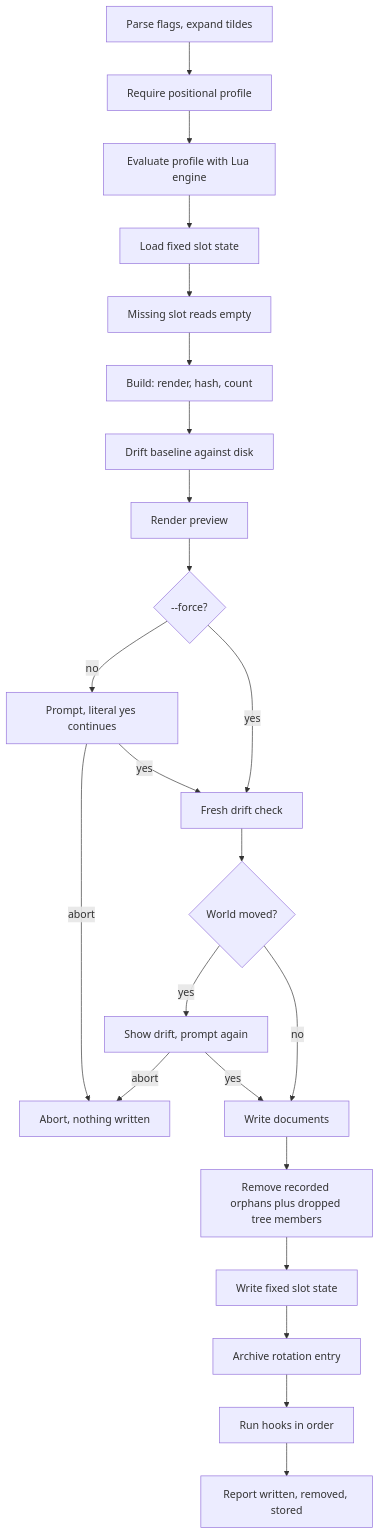
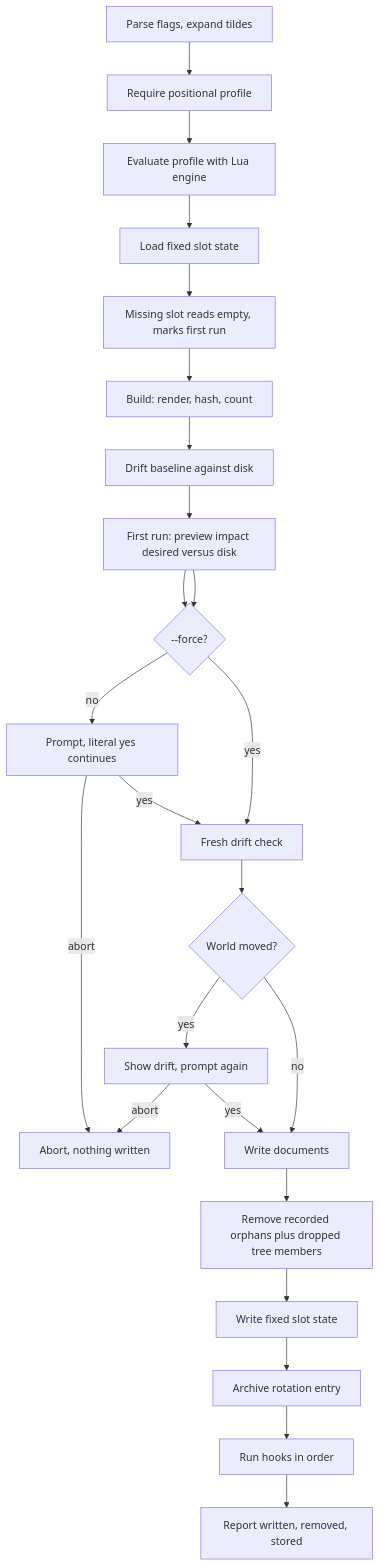
The diagram in docs/flows/apply.md (SolracHQ/confit), drawn with Mermaid before and after one commit. The commit also changed 10 other files, not shown here.

Commit message:
First plan compares against the disk instead of an empty previous. Fresh machines read impact plus already in place, and hunks carry their own headers with per-symbol paint.

````diff
--- a/docs/flows/apply.md
+++ b/docs/flows/apply.md
@@ -8,25 +8,26 @@
 ```mermaid
 flowchart TD
     A["Parse flags, expand tildes"] --> B["Require positional profile"]
     B --> C["Evaluate profile with Lua engine"]
     C --> D["Load fixed slot state"]
-    D --> E["Missing slot reads empty"]
+    D --> E["Missing slot reads empty, marks first run"]
     E --> F["Build: render, hash, count"]
     F --> G["Drift baseline against disk"]
-    G --> H["Render preview"]
+    G --> H["First run: preview impact desired versus disk"]
+    H --> I["Render preview"]
     H --> I{"--force?"}
     I -- no --> J["Prompt, literal yes continues"]
     I -- yes --> K["Fresh drift check"]
     J -- abort --> Z["Abort, nothing written"]
     J -- yes --> K
     K --> L{"World moved?"}
     L -- yes --> M["Show drift, prompt again"]
     L -- no --> N["Write documents"]
     M -- abort --> Z
     M -- yes --> N
     N --> O["Remove recorded orphans plus dropped tree members"]
     O --> P["Write fixed slot state"]
     P --> Q["Archive rotation entry"]
     Q --> R["Run hooks in order"]
     R --> S["Report written, removed, stored"]
 ```
````
